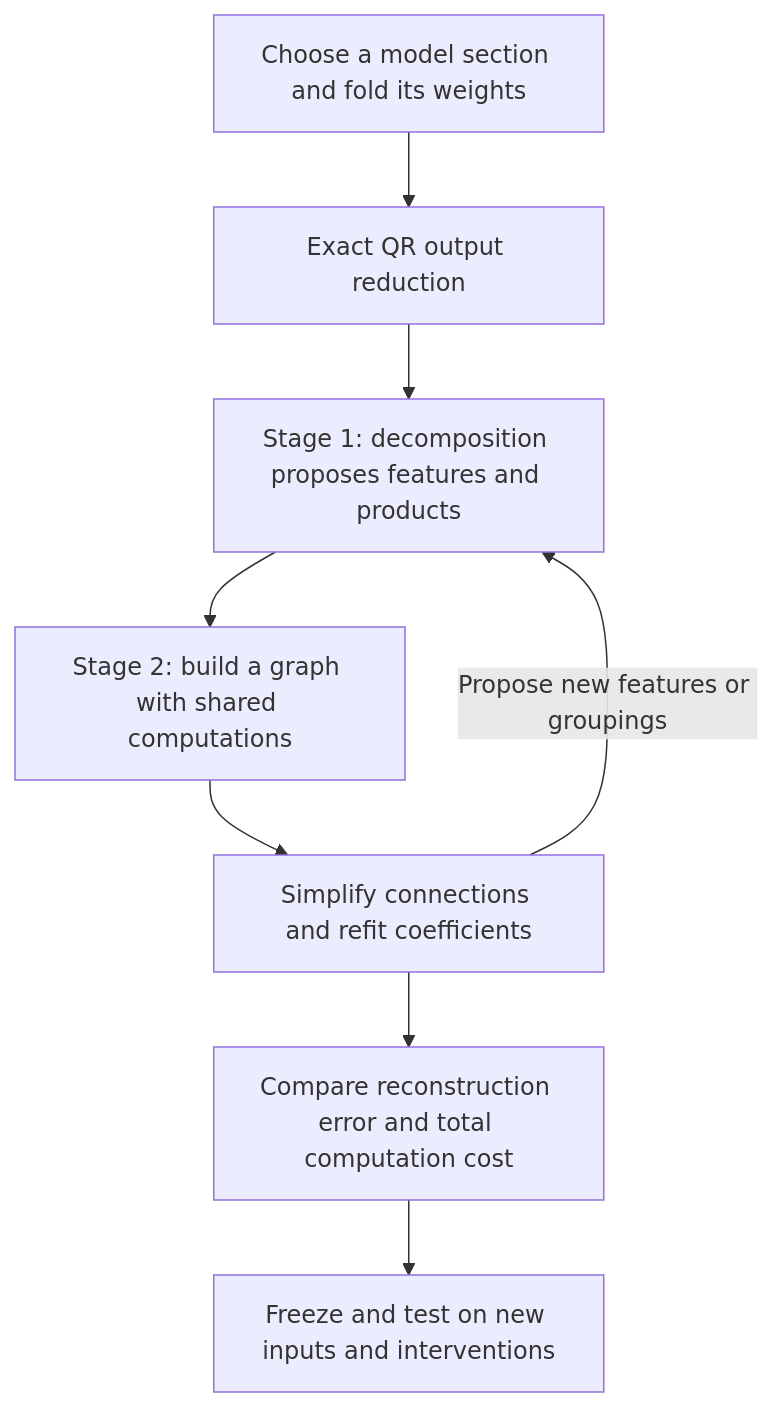
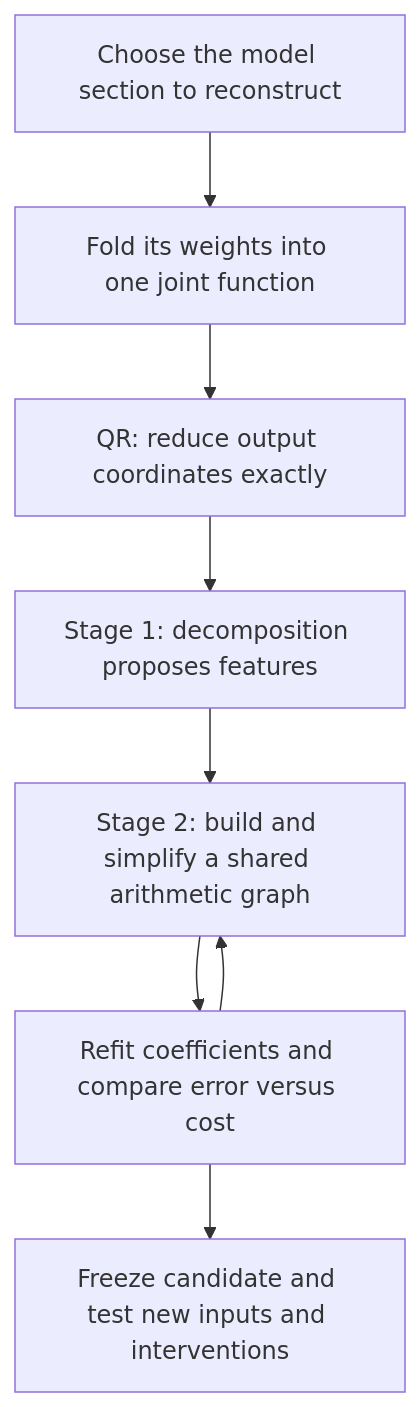
Before and after one commit to loganriggs/tensor_language: the first of 2 diagrams in basis_aligned/polynomial_causal/explanations/for_logan/research_update_2026-09-21_0104_full_coverage_and_shared_baselines.md, drawn with Mermaid. The commit also changed other lines of this file and 18 other files, not shown here.

````diff
--- a/basis_aligned/polynomial_causal/explanations/for_logan/research_update_2026-09-21_0104_full_coverage_and_shared_baselines.md
+++ b/basis_aligned/polynomial_causal/explanations/for_logan/research_update_2026-09-21_0104_full_coverage_and_shared_baselines.md
@@ -21,10 +13,10 @@
 ```mermaid
 flowchart TD
-    A[Choose a model section and fold its weights] --> B[Exact QR output reduction]
-    B --> C[Stage 1: decomposition proposes features and products]
-    C --> D[Stage 2: build a graph with shared computations]
-    D --> E[Simplify connections and refit coefficients]
-    E --> F[Compare reconstruction error and total computation cost]
-    F --> G[Freeze and test on new inputs and interventions]
-    E -->|Propose new features or groupings| C
+    A[Choose the model section to reconstruct] --> B[Fold its weights into one joint function]
+    B --> C[QR: reduce output coordinates exactly]
+    C --> D[Stage 1: decomposition proposes features]
+    D --> E[Stage 2: build and simplify a shared arithmetic graph]
+    E --> F[Refit coefficients and compare error versus cost]
+    F --> E
+    F --> G[Freeze candidate and test new inputs and interventions]
 ```
````
